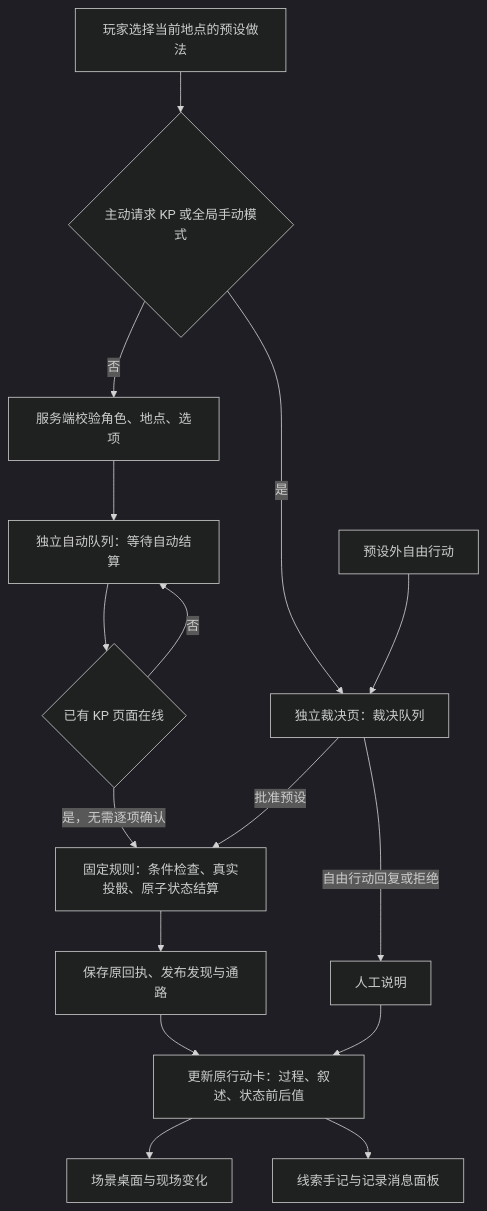
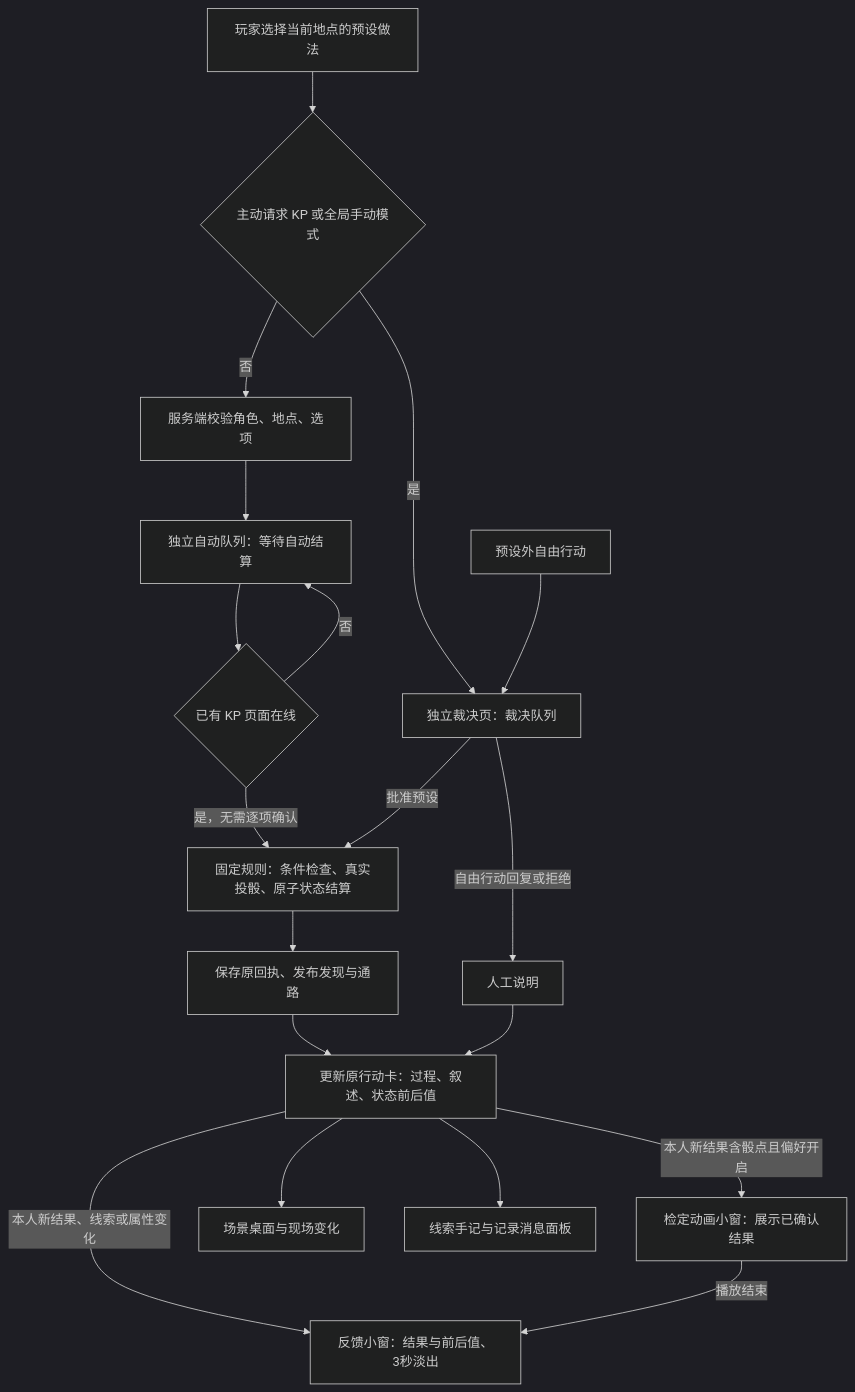
The diagram in rulepacks/stumpsville/docs/current/scene-actions.md (sd5913/OnlineCOC), drawn with Mermaid (dark theme) before and after one commit. The commit also changed other lines of this file and 324 other files, not shown here.

````diff
--- a/rulepacks/stumpsville/docs/current/scene-actions.md
+++ b/rulepacks/stumpsville/docs/current/scene-actions.md
@@ -18,18 +18,21 @@
 ```mermaid
 flowchart TD
     A[玩家选择当前地点的预设做法] --> B{主动请求 KP 或全局手动模式}
     B -->|是| KP[独立裁决页：裁决队列]
     FREE[预设外自由行动] --> KP
     B -->|否| V[服务端校验角色、地点、选项]
     V --> Q[独立自动队列：等待自动结算]
     Q --> E{已有 KP 页面在线}
     E -->|否| Q
     E -->|是，无需逐项确认| R[固定规则：条件检查、真实投骰、原子状态结算]
     KP -->|批准预设| R
     KP -->|自由行动回复或拒绝| M[人工说明]
     R --> P[保存原回执、发布发现与通路]
     P --> F[更新原行动卡：过程、叙述、状态前后值]
     M --> F
+    F -->|本人新结果含骰点且偏好开启| DICE[检定动画小窗：展示已确认结果]
+    F -->|本人新结果、线索或属性变化| EFFECTS[反馈小窗：结果与前后值、3秒淡出]
+    DICE -->|播放结束| EFFECTS
     F --> SCENE[场景桌面与现场变化]
     F --> LOG[线索手记与记录消息面板]
 ```
````
